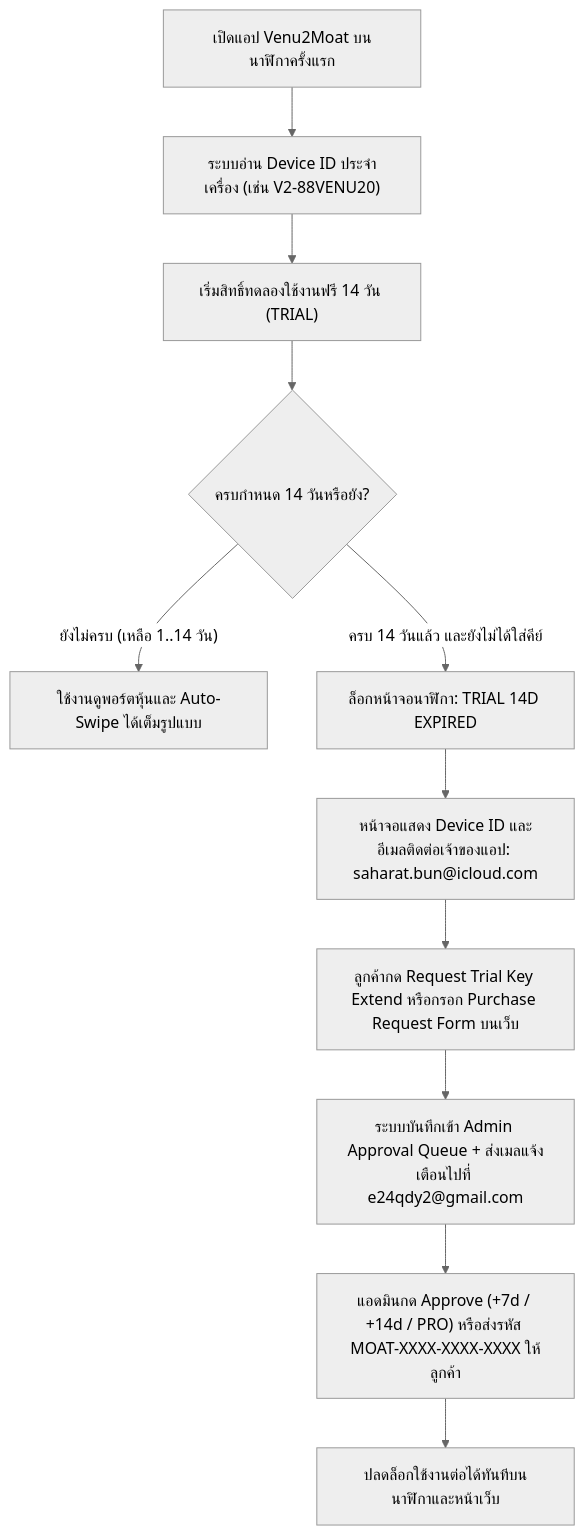
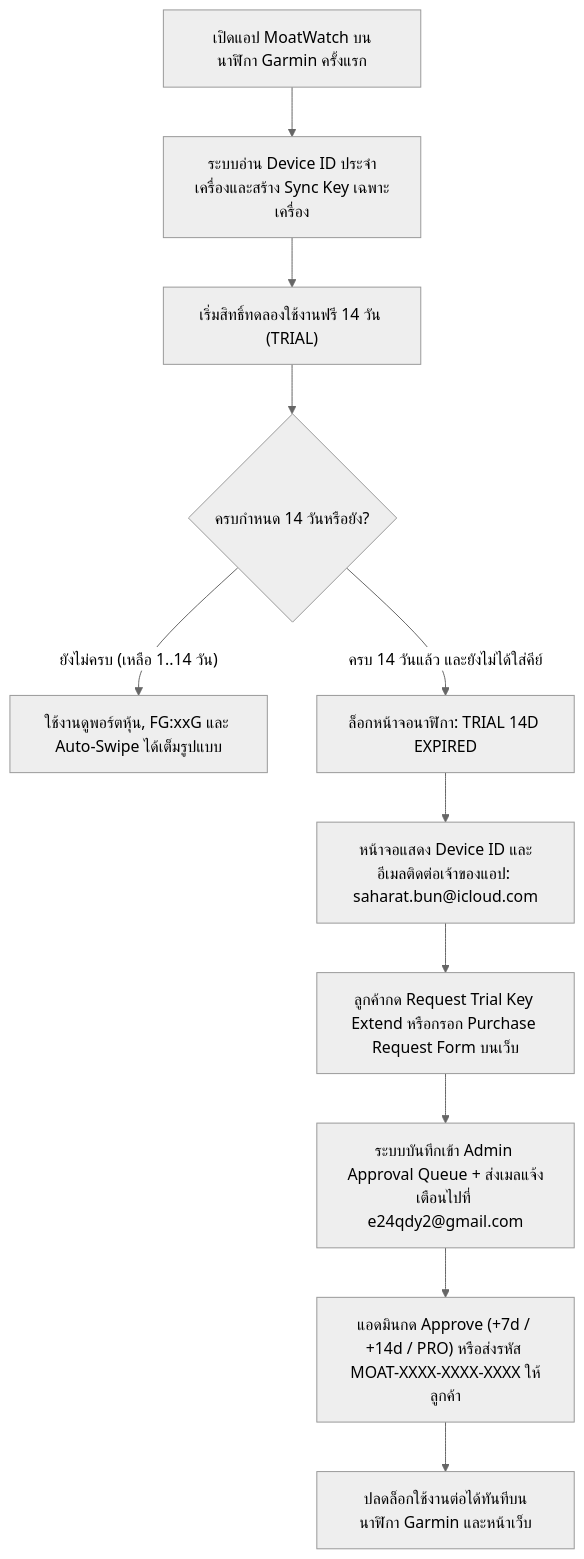
One commit to e24qdy2/garmin-venu2-moat changed the second of 2 diagrams in docs/01-USER-AND-ADMIN-MANUAL.md. Above: the diagram before and after it, drawn with Mermaid (neutral theme). The commit also changed other lines of this file and 46 other files, not shown here.

Commit message:
docs & feat: update MoatWatch GitHub reports, Garmin multi-device UI wording, Daily US Fear & Greed Index (FG:xx), and Connect IQ Store assets

````diff
--- a/docs/01-USER-AND-ADMIN-MANUAL.md
+++ b/docs/01-USER-AND-ADMIN-MANUAL.md
@@ -114,13 +117,13 @@
 ```mermaid
 flowchart TD
-    Start["เปิดแอป Venu2Moat บนนาฬิกาครั้งแรก"] --> GenID["ระบบอ่าน Device ID ประจำเครื่อง (เช่น V2-88VENU20)"]
+    Start["เปิดแอป MoatWatch บนนาฬิกา Garmin ครั้งแรก"] --> GenID["ระบบอ่าน Device ID ประจำเครื่องและสร้าง Sync Key เฉพาะเครื่อง"]
     GenID --> StartTrial["เริ่มสิทธิ์ทดลองใช้งานฟรี 14 วัน (TRIAL)"]
     StartTrial --> CheckExp{"ครบกำหนด 14 วันหรือยัง?"}
-    CheckExp -- "ยังไม่ครบ (เหลือ 1..14 วัน)" --> Unlocked["ใช้งานดูพอร์ตหุ้นและ Auto-Swipe ได้เต็มรูปแบบ"]
+    CheckExp -- "ยังไม่ครบ (เหลือ 1..14 วัน)" --> Unlocked["ใช้งานดูพอร์ตหุ้น, FG:xxG และ Auto-Swipe ได้เต็มรูปแบบ"]
     CheckExp -- "ครบ 14 วันแล้ว และยังไม่ได้ใส่คีย์" --> Locked["ล็อกหน้าจอนาฬิกา: TRIAL 14D EXPIRED"]
     Locked --> Contact["หน้าจอแสดง Device ID และอีเมลติดต่อเจ้าของแอป: saharat.bun@icloud.com"]
     Contact --> RequestForm["ลูกค้ากด Request Trial Key Extend หรือกรอก Purchase Request Form บนเว็บ"]
     RequestForm --> MailNotify["ระบบบันทึกเข้า Admin Approval Queue + ส่งเมลแจ้งเตือนไปที่ e24qdy2@gmail.com"]
     MailNotify --> AdminApprove["แอดมินกด Approve (+7d / +14d / PRO) หรือส่งรหัส MOAT-XXXX-XXXX-XXXX ให้ลูกค้า"]
-    AdminApprove --> Pro["ปลดล็อกใช้งานต่อได้ทันทีบนนาฬิกาและหน้าเว็บ"]
+    AdminApprove --> Pro["ปลดล็อกใช้งานต่อได้ทันทีบนนาฬิกา Garmin และหน้าเว็บ"]
 ```
````
